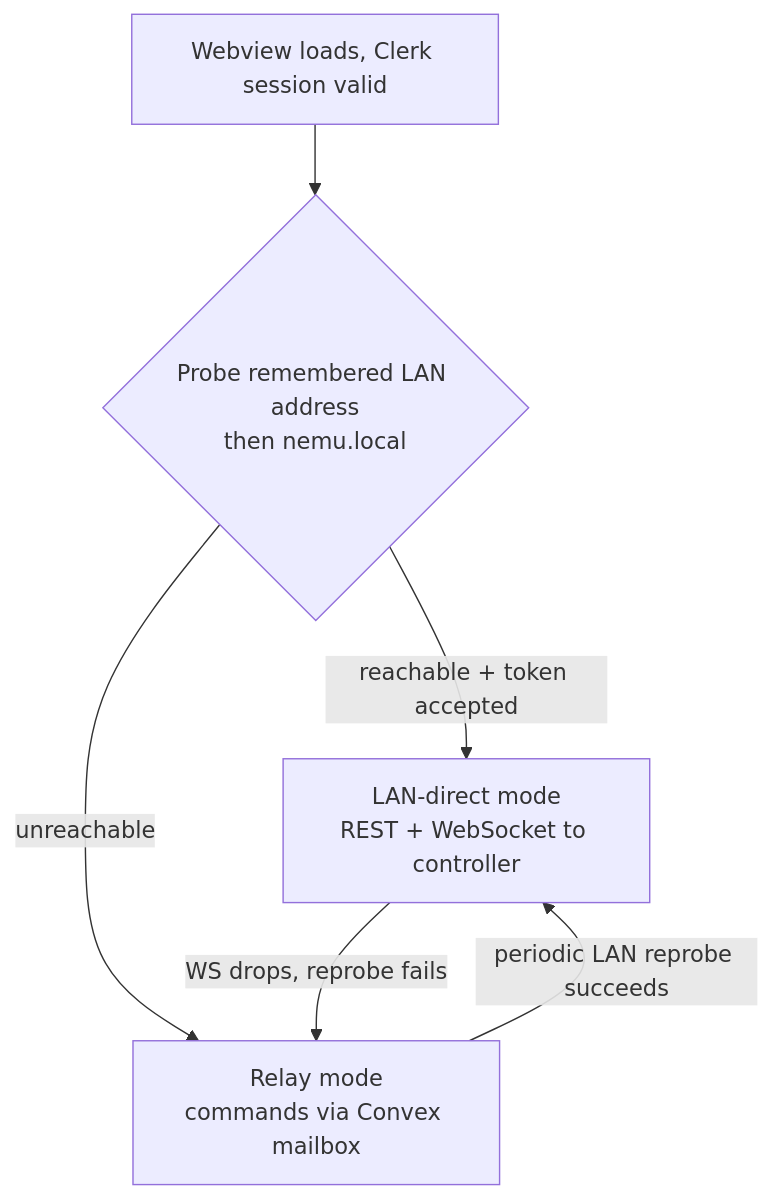
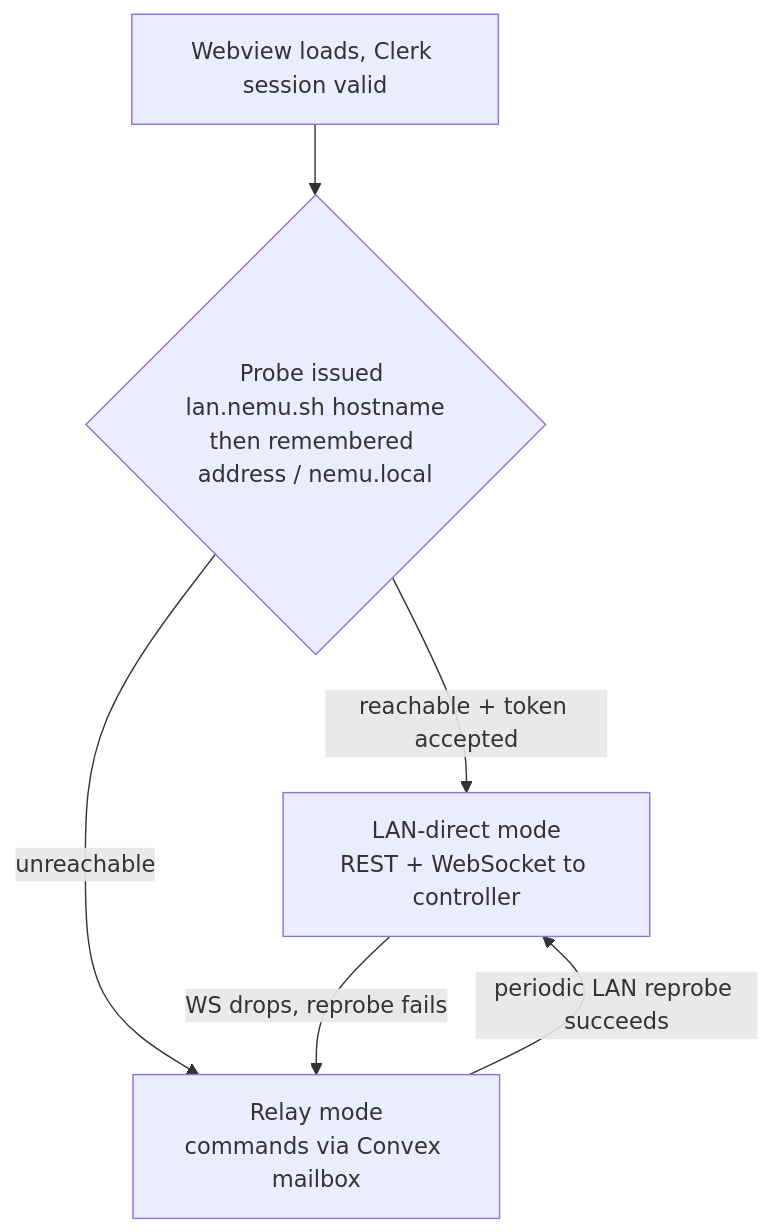
One commit to Zed-Softworks-Official/nemu changed the second of 3 diagrams in docs/architecture/overview.md. Above: the diagram before and after it, drawn with Mermaid. The commit also changed other lines of this file and 26 other files, not shown here.

````diff
--- a/docs/architecture/overview.md
+++ b/docs/architecture/overview.md
@@ -69,8 +69,8 @@
 ```mermaid
 flowchart TD
-    start[Webview loads, Clerk session valid] --> lanProbe{Probe remembered LAN address<br/>then nemu.local}
+    start[Webview loads, Clerk session valid] --> lanProbe{Probe issued lan.nemu.sh hostname<br/>then remembered address / nemu.local}
     lanProbe -->|reachable + token accepted| lan[LAN-direct mode<br/>REST + WebSocket to controller]
     lanProbe -->|unreachable| relay[Relay mode<br/>commands via Convex mailbox]
     lan -->|WS drops, reprobe fails| relay
     relay -->|periodic LAN reprobe succeeds| lan
 ```
````
